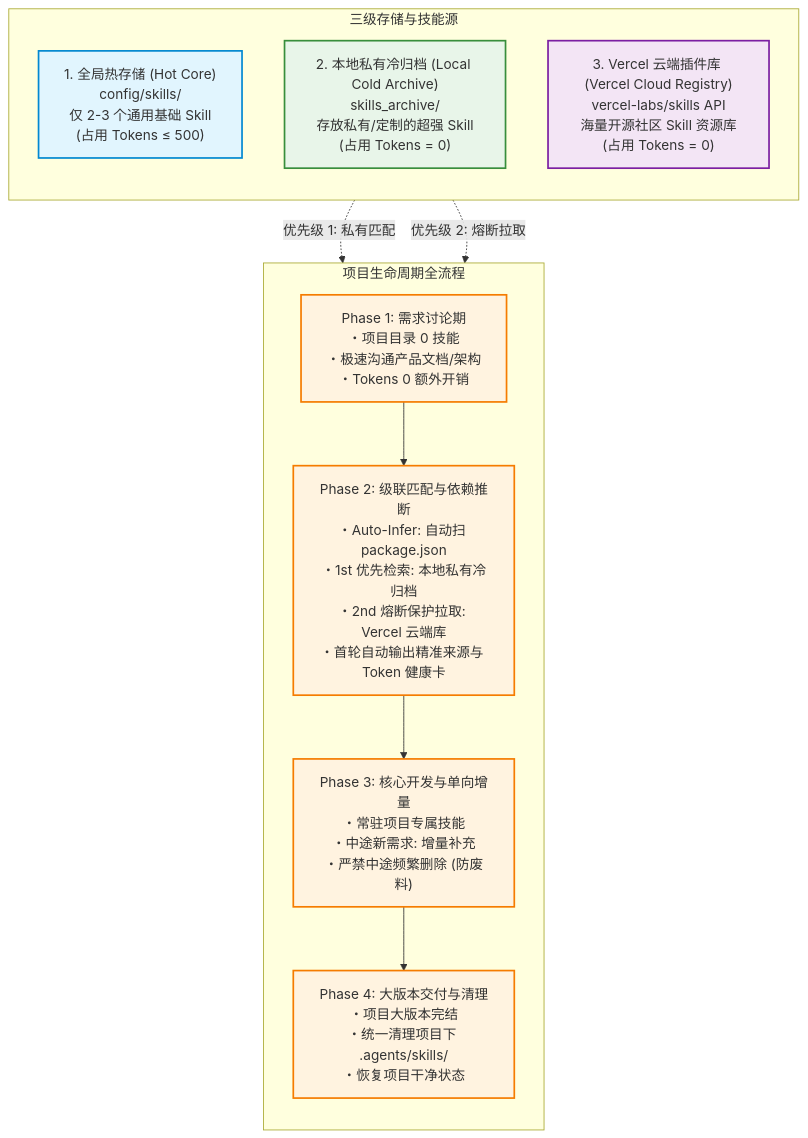
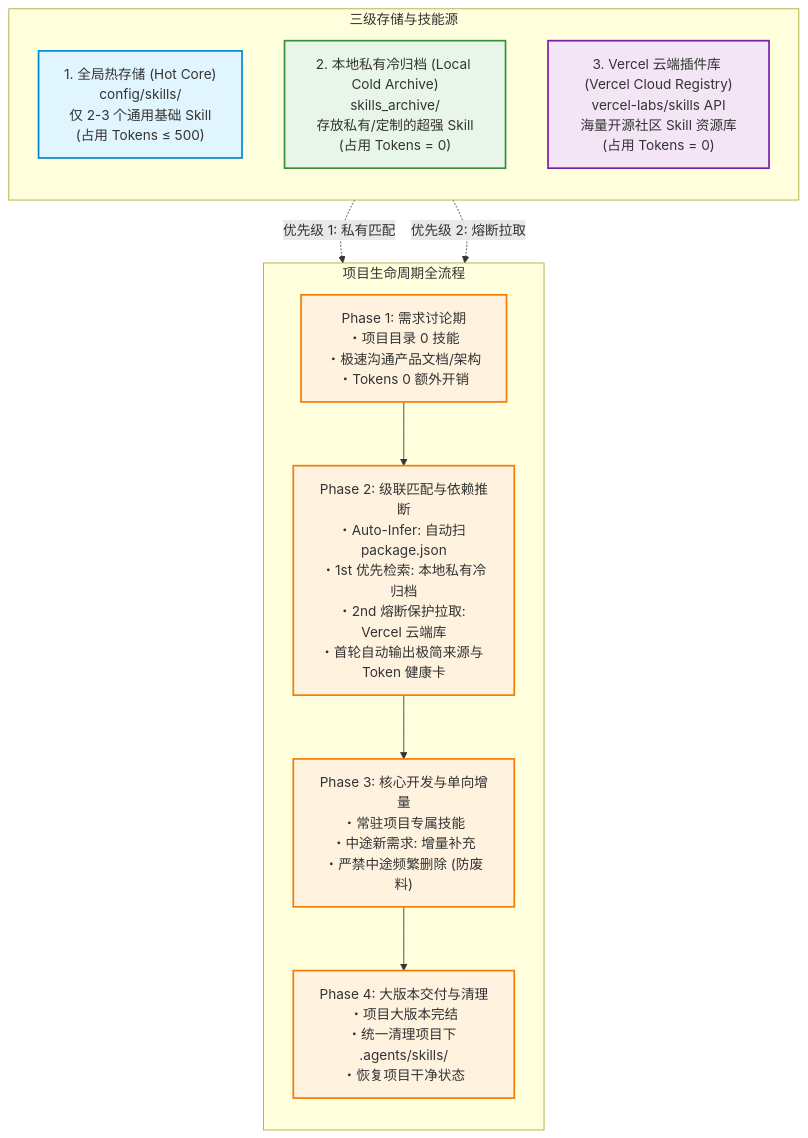
The first of 2 diagrams in README.md (amasun/skill-orchestrator), drawn with Mermaid before and after one commit. The commit also changed other lines of this file and 1 other file, not shown here.

````diff
--- a/README.md
+++ b/README.md
@@ -75,27 +75,27 @@
 ```mermaid
 flowchart TD
     classDef hotStyle fill:#e1f5fe,stroke:#0288d1,stroke-width:2px;
     classDef coldStyle fill:#e8f5e9,stroke:#388e3c,stroke-width:2px;
     classDef cloudStyle fill:#f3e5f5,stroke:#7b1fa2,stroke-width:2px;
     classDef phaseStyle fill:#fff3e0,stroke:#f57c00,stroke-width:2px;
 
     subgraph STORAGE["三级存储与技能源"]
         direction TB
         HotCore["1. 全局热存储 (Hot Core)<br>config/skills/<br>仅 2-3 个通用基础 Skill<br>(占用 Tokens &le; 500)"]:::hotStyle
         ColdArchive["2. 本地私有冷归档 (Local Cold Archive)<br>skills_archive/<br>存放私有/定制的超强 Skill<br>(占用 Tokens = 0)"]:::coldStyle
         VercelCloud["3. Vercel 云端插件库 (Vercel Cloud Registry)<br>vercel-labs/skills API<br>海量开源社区 Skill 资源库<br>(占用 Tokens = 0)"]:::cloudStyle
     end
 
     subgraph LIFECYCLE["项目生命周期全流程"]
         direction TB
         P1["Phase 1: 需求讨论期<br>・项目目录 0 技能<br>・极速沟通产品文档/架构<br>・Tokens 0 额外开销"]:::phaseStyle
-        P2["Phase 2: 级联匹配与依赖推断<br>・Auto-Infer: 自动扫 package.json<br>・1st 优先检索: 本地私有冷归档<br>・2nd 熔断保护拉取: Vercel 云端库<br>・首轮自动输出精准来源与 Token 健康卡"]:::phaseStyle
+        P2["Phase 2: 级联匹配与依赖推断<br>・Auto-Infer: 自动扫 package.json<br>・1st 优先检索: 本地私有冷归档<br>・2nd 熔断保护拉取: Vercel 云端库<br>・首轮自动输出极简来源与 Token 健康卡"]:::phaseStyle
         P3["Phase 3: 核心开发与单向增量<br>・常驻项目专属技能<br>・中途新需求: 增量补充<br>・严禁中途频繁删除 (防废料)"]:::phaseStyle
         P4["Phase 4: 大版本交付与清理<br>・项目大版本完结<br>・统一清理项目下 .agents/skills/<br>・恢复项目干净状态"]:::phaseStyle
 
         P1 --> P2 --> P3 --> P4
     end
 
     ColdArchive -.->|优先级 1: 私有匹配| P2
     VercelCloud -.->|优先级 2: 熔断拉取| P2
 ```
````
